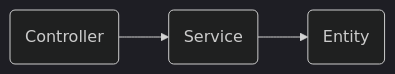
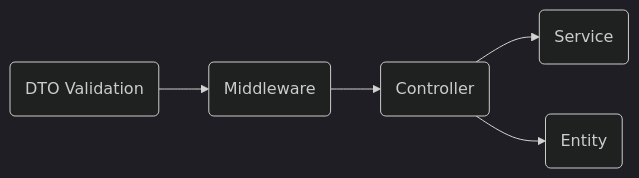
The diagram in README.md (mv0409/express-app-boilerplate), drawn with Mermaid (dark theme) before and after one commit.

````diff
--- a/README.md
+++ b/README.md
@@ -7,6 +7,9 @@
 ```mermaid
 graph LR
-A(Controller)
-A --> B(Service)
-B --> D(Entity)
+A(DTO Validation)
+A --> B(Middleware)
+B --> C(Controller)
+C --> D(Service)
+C --> E(Entity)
+
 ```
````
